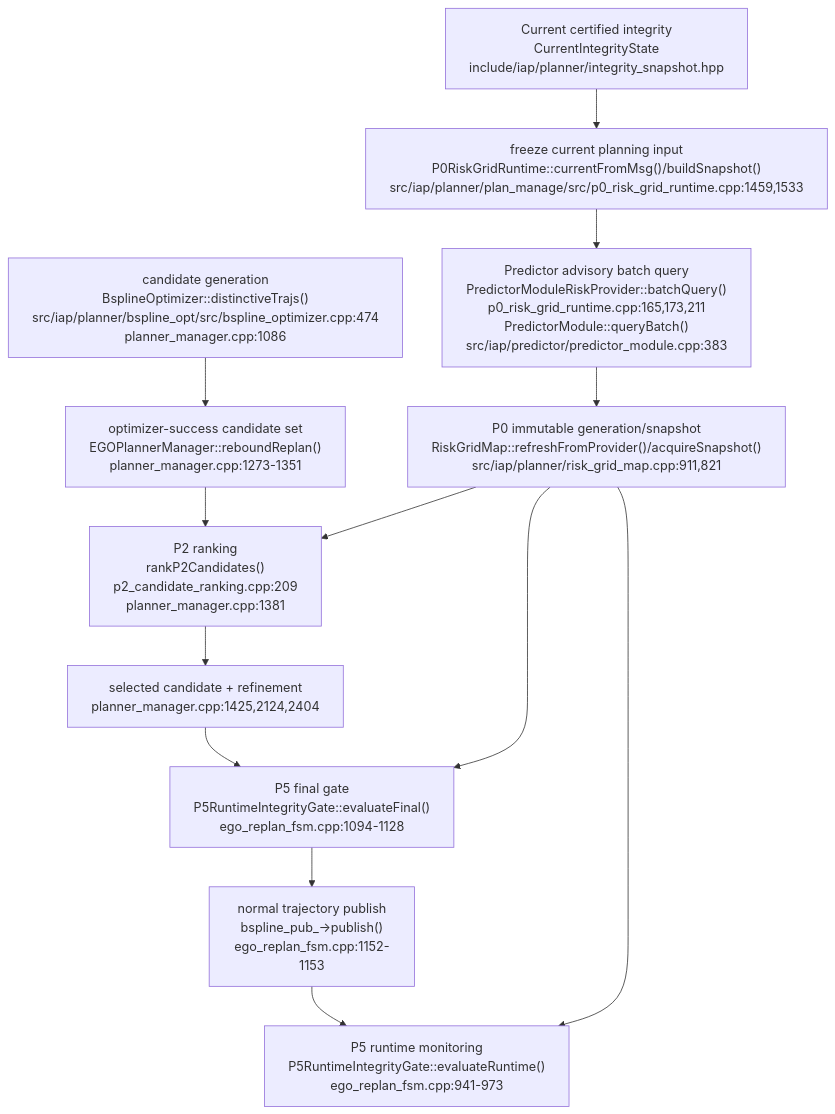
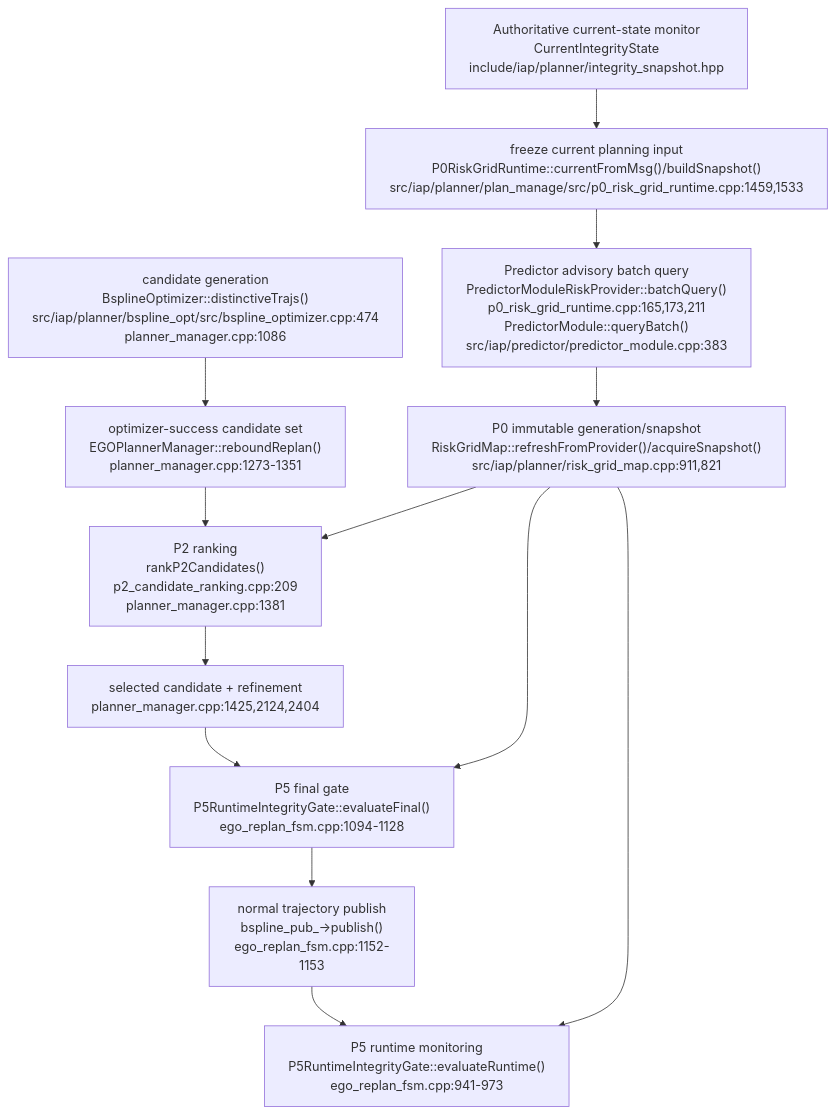
One commit to Printeger/iap changed the diagram in docs/icra27/ICRA_IMPLEMENTATION_PLAN.md. Above: the diagram before and after it, drawn with Mermaid. The commit also changed other lines of this file and 2 other files, not shown here.

Commit message:
docs(icra): reconcile scope and plan with critical review IAP-RQ-320 IAP-RQ-400 IAP-RQ-410 IAP-RQ-422

````diff
--- a/docs/icra27/ICRA_IMPLEMENTATION_PLAN.md
+++ b/docs/icra27/ICRA_IMPLEMENTATION_PLAN.md
@@ -47,20 +47,20 @@
 ```mermaid
 flowchart TD
-    A["Current certified integrity<br/>CurrentIntegrityState<br/>include/iap/planner/integrity_snapshot.hpp"]
+    A["Authoritative current-state monitor<br/>CurrentIntegrityState<br/>include/iap/planner/integrity_snapshot.hpp"]
     B["freeze current planning input<br/>P0RiskGridRuntime::currentFromMsg()/buildSnapshot()<br/>src/iap/planner/plan_manage/src/p0_risk_grid_runtime.cpp:1459,1533"]
     C["Predictor advisory batch query<br/>PredictorModuleRiskProvider::batchQuery()<br/>p0_risk_grid_runtime.cpp:165,173,211<br/>PredictorModule::queryBatch()<br/>src/iap/predictor/predictor_module.cpp:383"]
     D["P0 immutable generation/snapshot<br/>RiskGridMap::refreshFromProvider()/acquireSnapshot()<br/>src/iap/planner/risk_grid_map.cpp:911,821"]
     E["candidate generation<br/>BsplineOptimizer::distinctiveTrajs()<br/>src/iap/planner/bspline_opt/src/bspline_optimizer.cpp:474<br/>planner_manager.cpp:1086"]
     F["optimizer-success candidate set<br/>EGOPlannerManager::reboundReplan()<br/>planner_manager.cpp:1273-1351"]
     G["P2 ranking<br/>rankP2Candidates()<br/>p2_candidate_ranking.cpp:209<br/>planner_manager.cpp:1381"]
     H["selected candidate + refinement<br/>planner_manager.cpp:1425,2124,2404"]
     I["P5 final gate<br/>P5RuntimeIntegrityGate::evaluateFinal()<br/>ego_replan_fsm.cpp:1094-1128"]
     J["normal trajectory publish<br/>bspline_pub_->publish()<br/>ego_replan_fsm.cpp:1152-1153"]
     K["P5 runtime monitoring<br/>P5RuntimeIntegrityGate::evaluateRuntime()<br/>ego_replan_fsm.cpp:941-973"]
 
     A --> B --> C --> D
     E --> F --> G --> H --> I --> J --> K
     D --> G
     D --> I
     D --> K
 ```
````
